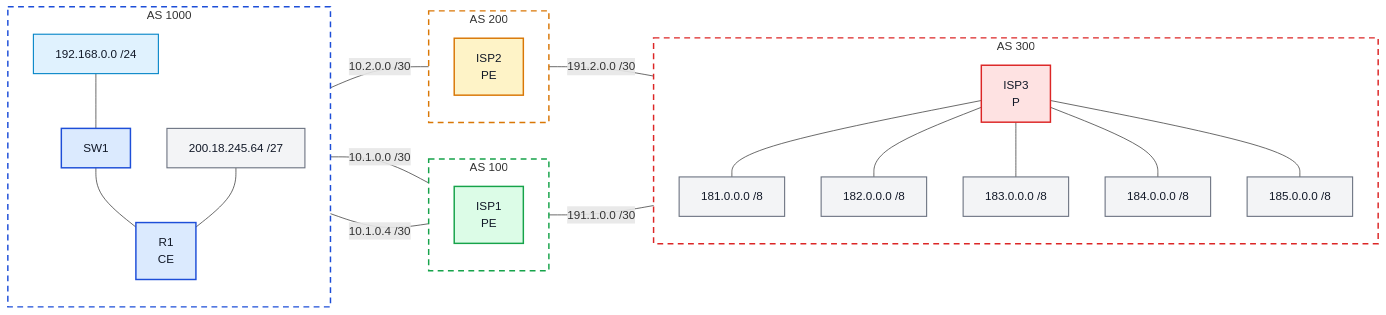
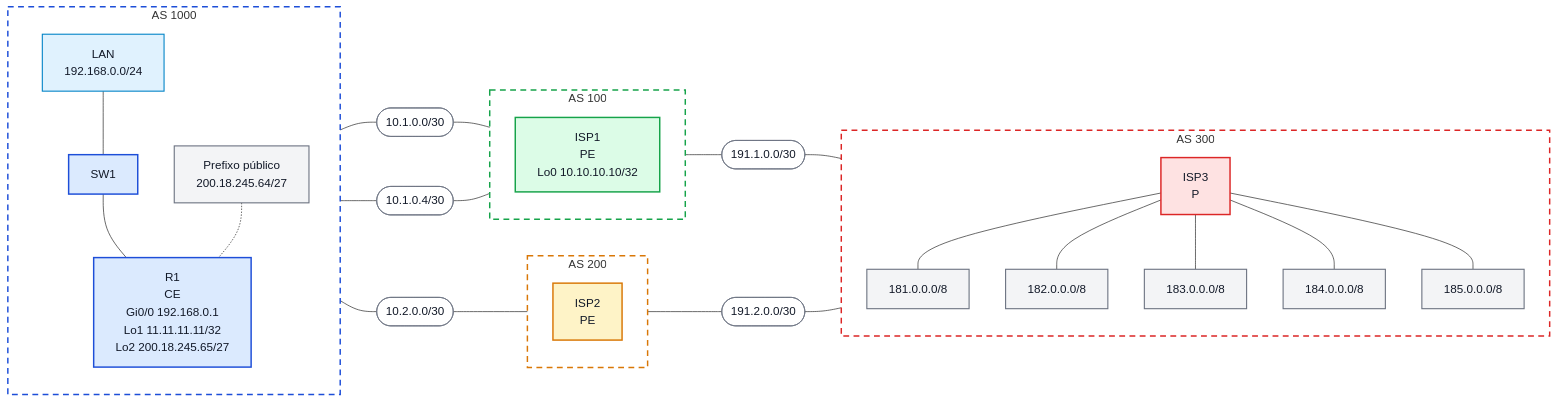
One commit to oficialvzi/PTR changed the diagram in labs/lab09.md. Above: the diagram before and after it, drawn with Mermaid. The commit also changed 3 other files, not shown here.

First line of the commit message:
Redesenha topologia dos labs 06 a 09 com enlaces como nos para evitar sobreposicao

````diff
--- a/labs/lab09.md
+++ b/labs/lab09.md
@@ -121,71 +121,74 @@
 ```mermaid
 flowchart LR
-    %% ===== AS 1000 =====
     subgraph AS1000["AS 1000"]
         direction TB
-        PFX1["200.18.245.64 /27"]
+        LAN1["LAN<br/>192.168.0.0/24"]
         SW1["SW1"]
-        LAN1["192.168.0.0 /24"]
-        R1["R1<br/>CE"]
+        R1["R1<br/>CE<br/>Gi0/0 192.168.0.1<br/>Lo1 11.11.11.11/32<br/>Lo2 200.18.245.65/27"]
+        PFX1["Prefixo público<br/>200.18.245.64/27"]
 
         LAN1 --- SW1
         SW1 --- R1
-        PFX1 --- R1
+        PFX1 -.- R1
     end
 
-    %% ===== AS 100 =====
     subgraph AS100["AS 100"]
         direction TB
-        ISP1["ISP1<br/>PE"]
+        ISP1["ISP1<br/>PE<br/>Lo0 10.10.10.10/32"]
     end
 
-    %% ===== AS 200 =====
     subgraph AS200["AS 200"]
         direction TB
         ISP2["ISP2<br/>PE"]
     end
 
-    %% ===== AS 300 =====
     subgraph AS300["AS 300"]
         direction TB
         ISP3["ISP3<br/>P"]
-        P181["181.0.0.0 /8"]
-        P182["182.0.0.0 /8"]
-        P183["183.0.0.0 /8"]
-        P184["184.0.0.0 /8"]
-        P185["185.0.0.0 /8"]
+        P181["181.0.0.0/8"]
+        P182["182.0.0.0/8"]
+        P183["183.0.0.0/8"]
+        P184["184.0.0.0/8"]
+        P185["185.0.0.0/8"]
 
         ISP3 --- P181
         ISP3 --- P182
         ISP3 --- P183
         ISP3 --- P184
         ISP3 --- P185
     end
 
-    %% ===== Links =====
-    R1 ---|10.1.0.0 /30| ISP1
-    R1 ---|10.1.0.4 /30| ISP1
-    R1 ---|10.2.0.0 /30| ISP2
-    ISP1 ---|191.1.0.0 /30| ISP3
-    ISP2 ---|191.2.0.0 /30| ISP3
+    %% Enlaces representados como nós, para evitar sobreposição de rótulos
+    N1(["10.1.0.0/30"])
+    N2(["10.1.0.4/30"])
+    N3(["10.2.0.0/30"])
+    N4(["191.1.0.0/30"])
+    N5(["191.2.0.0/30"])
 
-    %% ===== Classes =====
+    R1 --- N1 --- ISP1
+    R1 --- N2 --- ISP1
+    R1 --- N3 --- ISP2
+    ISP1 --- N4 --- ISP3
+    ISP2 --- N5 --- ISP3
+
     classDef empresa fill:#dbeafe,stroke:#1d4ed8,color:#111827,stroke-width:2px;
     classDef isp1 fill:#dcfce7,stroke:#16a34a,color:#111827,stroke-width:2px;
     classDef isp2 fill:#fef3c7,stroke:#d97706,color:#111827,stroke-width:2px;
     classDef isp3 fill:#fee2e2,stroke:#dc2626,color:#111827,stroke-width:2px;
     classDef prefixo fill:#f3f4f6,stroke:#6b7280,color:#111827,stroke-width:1.5px;
     classDef lan fill:#e0f2fe,stroke:#0284c7,color:#111827,stroke-width:1.5px;
+    classDef enlace fill:#ffffff,stroke:#6b7280,color:#111827,stroke-width:1px;
 
     class R1,SW1 empresa;
     class ISP1 isp1;
     class ISP2 isp2;
     class ISP3 isp3;
     class PFX1,P181,P182,P183,P184,P185 prefixo;
     class LAN1 lan;
+    class N1,N2,N3,N4,N5 enlace;
 
     style AS1000 fill:transparent,stroke:#1d4ed8,stroke-width:2px,stroke-dasharray: 8 6
     style AS100 fill:transparent,stroke:#16a34a,stroke-width:2px,stroke-dasharray: 8 6
     style AS200 fill:transparent,stroke:#d97706,stroke-width:2px,stroke-dasharray: 8 6
     style AS300 fill:transparent,stroke:#dc2626,stroke-width:2px,stroke-dasharray: 8 6
 ```
````
